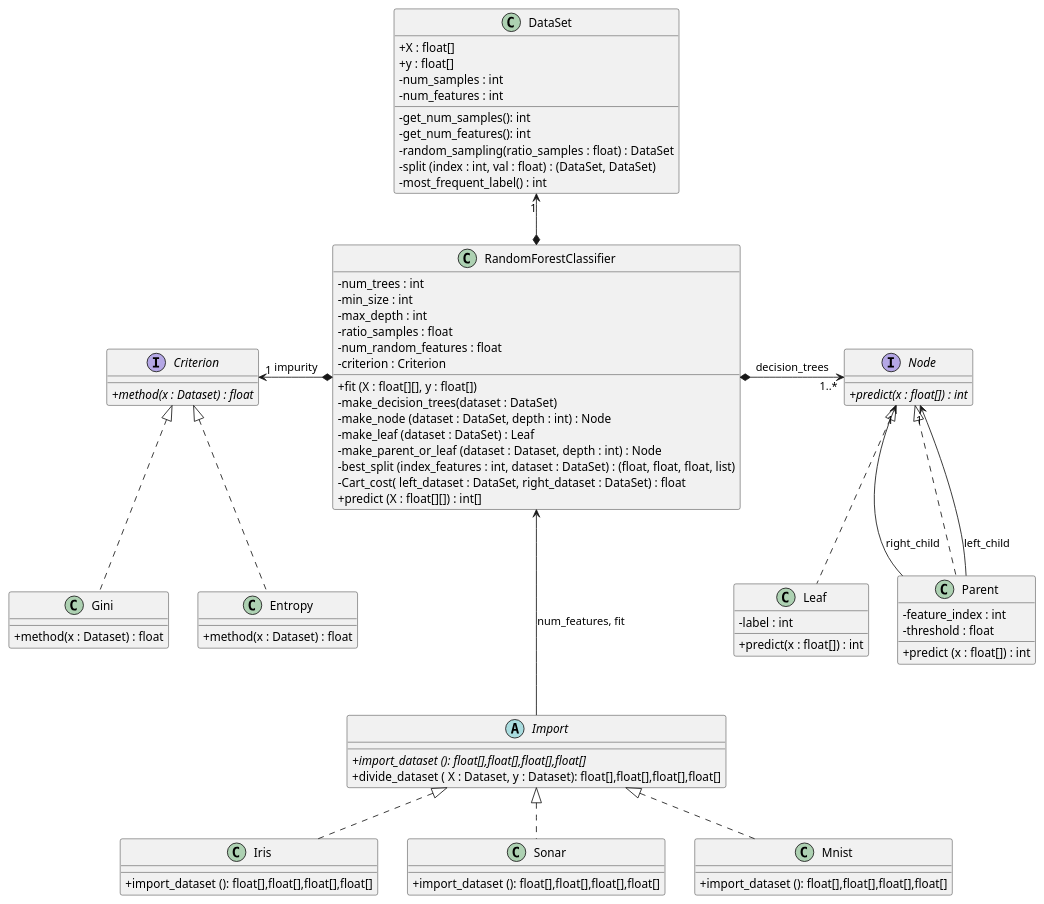
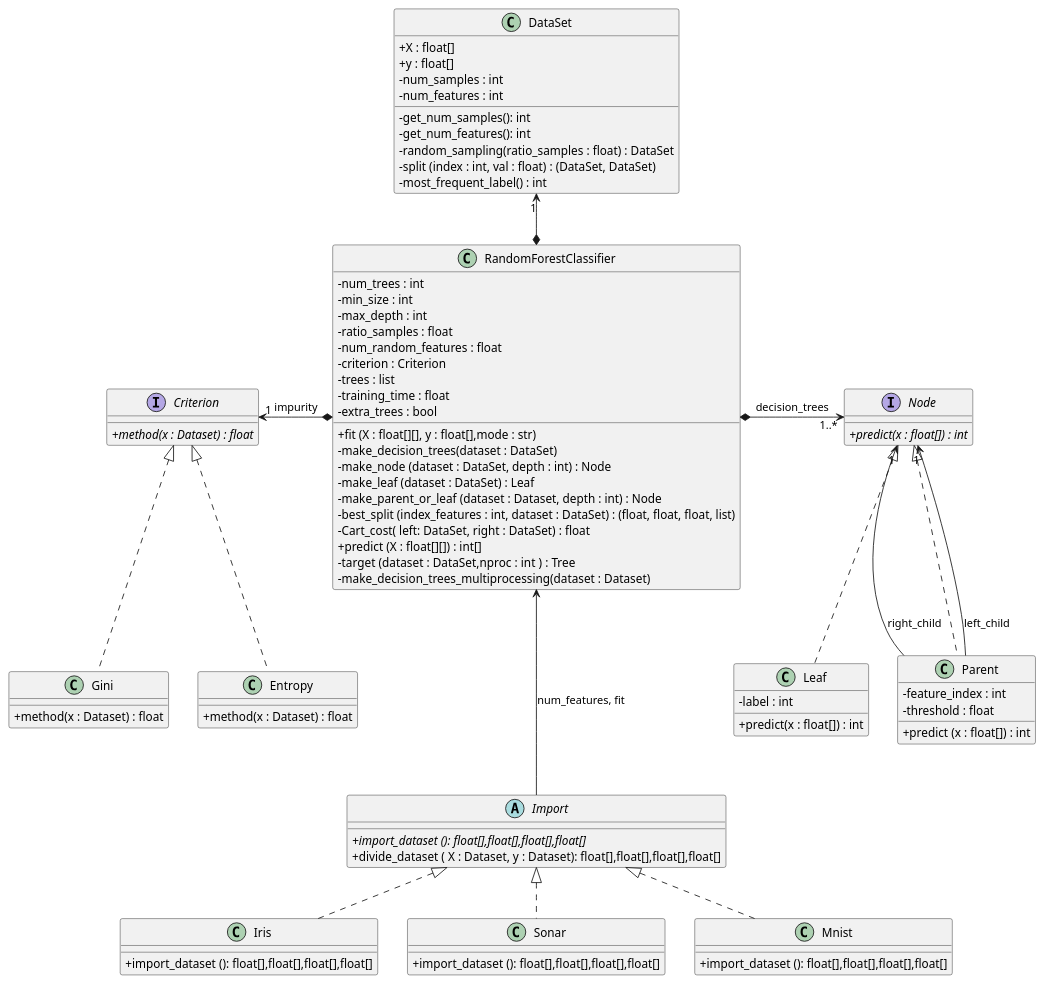
The diagram in Milestone1/diagrama1.puml (NIU1750517/POO_practica), drawn with PlantUML before and after one commit. The commit also changed 1 other file, not shown here.

Commit message:
uml arreglo

```diff
--- a/Milestone1/diagrama1.puml
+++ b/Milestone1/diagrama1.puml
@@ -1,87 +1,92 @@
 @startuml
 'https://plantuml.com/class-diagram
 
 ' - added class Criterion and derivatives that contains what's common of all
 '   criteria, before in RandomForestClassifier
 
 skinparam classAttributeIconSize 0
 skinparam noteFontSize 11
 'skinparam linetype ortho
 'skinparam linetype polyline
 
 class RandomForestClassifier {
 - num_trees : int
 - min_size : int
 - max_depth : int
 - ratio_samples : float
 - num_random_features : float
 - criterion : Criterion
-+ fit (X : float[][], y : float[])
+- trees : list
+- training_time : float
+-extra_trees : bool
++ fit (X : float[][], y : float[],mode : str)
 - make_decision_trees(dataset : DataSet)
 - make_node (dataset : DataSet, depth : int) : Node
 - make_leaf (dataset : DataSet) : Leaf
 - make_parent_or_leaf (dataset : Dataset, depth : int) : Node
 - best_split (index_features : int, dataset : DataSet) : (float, float, float, list)
-- Cart_cost( left_dataset : DataSet, right_dataset : DataSet) : float
+- Cart_cost( left: DataSet, right : DataSet) : float
 + predict (X : float[][]) : int[]
+- target (dataset : DataSet,nproc : int ) : Tree
+- make_decision_trees_multiprocessing(dataset : Dataset)
 }
 class DataSet{
     + X : float[]
     + y : float[]
     - num_samples : int 
     - num_features : int
     - get_num_samples(): int
     - get_num_features(): int
     - random_sampling(ratio_samples : float) : DataSet
     - split (index : int, val : float) : (DataSet, DataSet)
     - most_frequent_label() : int
 
 }
 abstract Import{
     + {abstract} import_dataset (): float[],float[],float[],float[]
     + divide_dataset ( X : Dataset, y : Dataset): float[],float[],float[],float[]
 }
 class Iris implements Import{
     + import_dataset (): float[],float[],float[],float[]
 }
 class Sonar implements Import{
     + import_dataset (): float[],float[],float[],float[]
 }
 class Mnist implements Import{
     + import_dataset (): float[],float[],float[],float[]
 }
 interface Criterion {
    + {abstract} method(x : Dataset) : float
 }
 class Gini implements Criterion {
     + method(x : Dataset) : float
 }
 class Entropy implements Criterion {
     + method(x : Dataset) : float
 }
 interface Node {
 + {abstract} predict(x : float[]) : int
 }
 
 class Leaf implements Node {
 - label : int
 + predict(x : float[]) : int
 }
 
 class Parent implements Node {
 - feature_index : int
 - threshold : float
 + predict (x : float[]) : int
 }
 
 ' associacions
 RandomForestClassifier *-right-> "1..*" Node : decision_trees
 RandomForestClassifier *-left-> "1" Criterion : impurity
 RandomForestClassifier *-up-> "1"  DataSet 
 Parent -down-> "1" Node : left_child
 Parent -down-> "1" Node : right_child
 RandomForestClassifier <--- Import :  num_features, fit
 
 ' positionament
 'RandomForestClassifier -[hidden]-> Node
 @enduml
```
